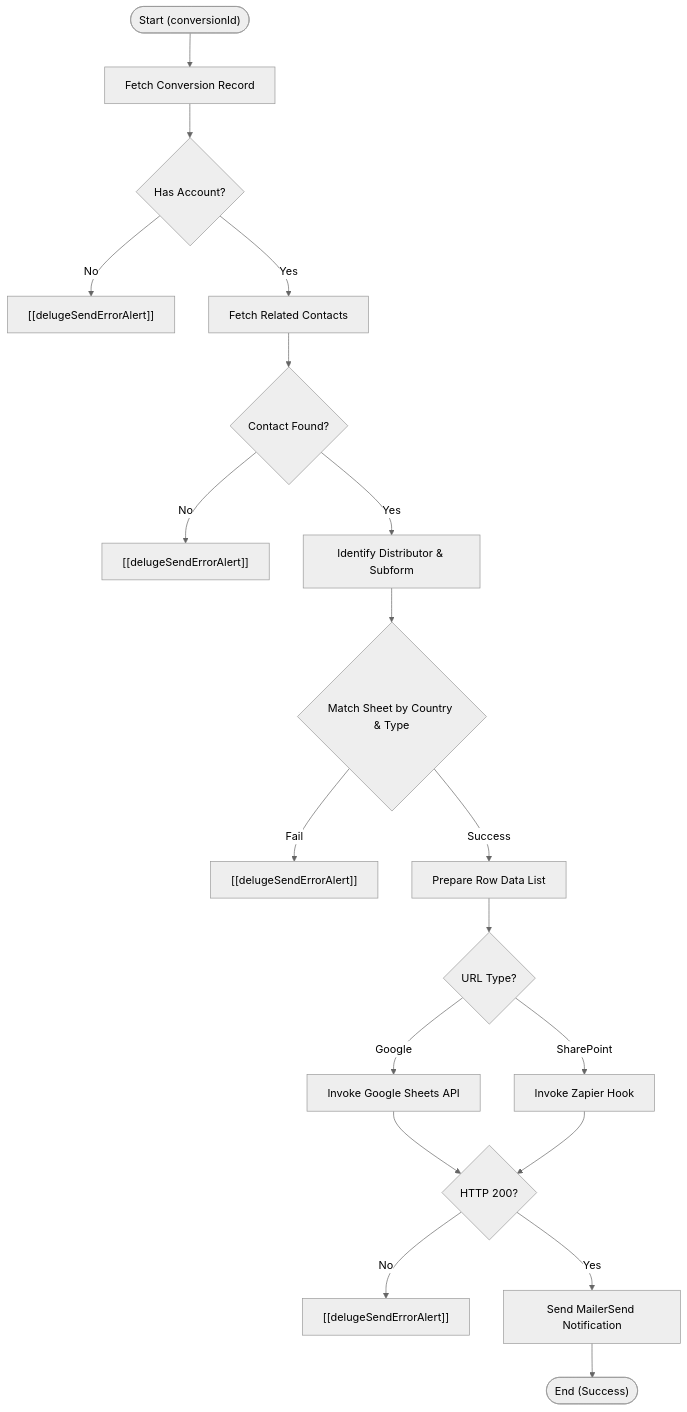
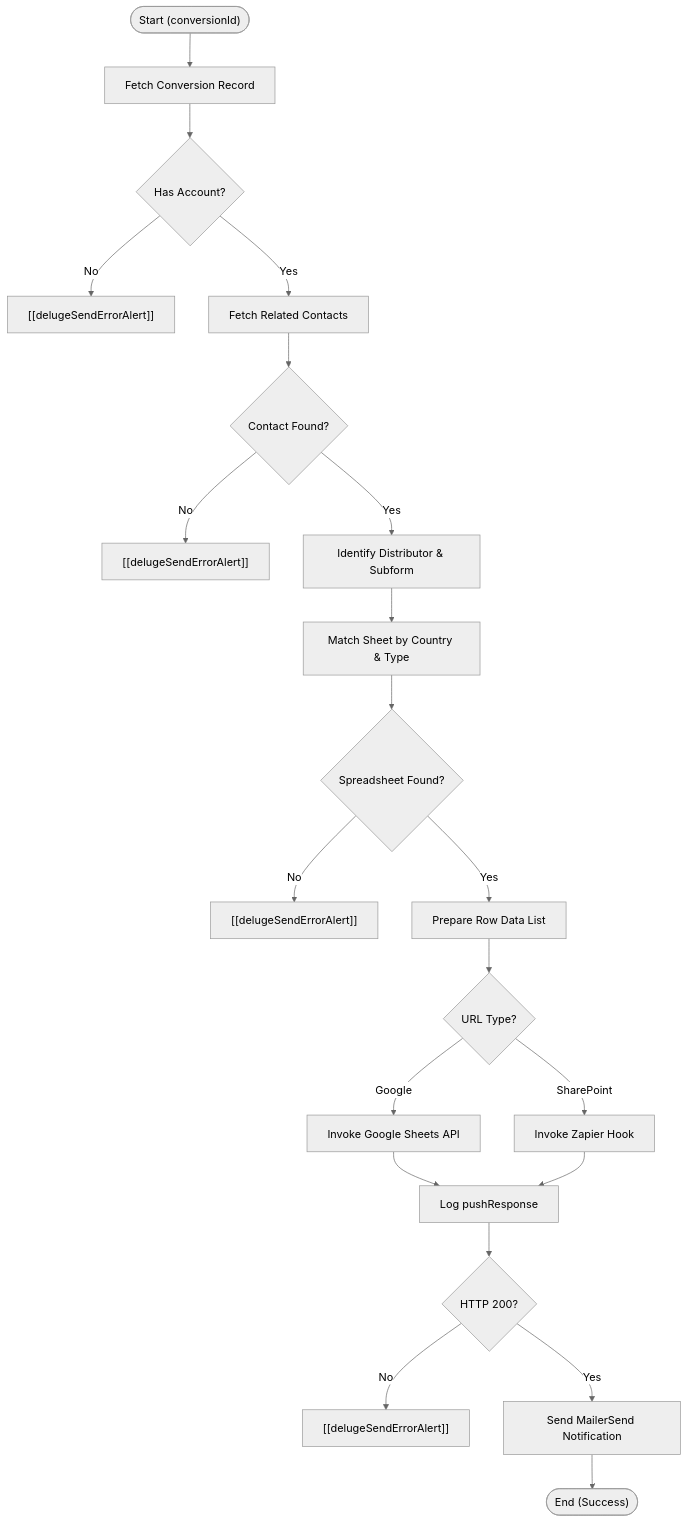
Before and after one commit to martinkp93/zoho-scripts: the diagram in Acquisition and Onboarding/Lead Ingestion/Lead Sheet Handler/delugeLeadSheetHandler.md, drawn with Mermaid (neutral theme). The commit also changed other lines of this file, not shown here.

Commit message:
Update delugeLeadSheetHandler.md docs via DeluluDocu

````diff
--- a/Acquisition and Onboarding/Lead Ingestion/Lead Sheet Handler/delugeLeadSheetHandler.md
+++ b/Acquisition and Onboarding/Lead Ingestion/Lead Sheet Handler/delugeLeadSheetHandler.md
@@ -35,29 +35,32 @@
 ```mermaid
 graph TD
     Start(["Start (conversionId)"]) --> FetchConv["Fetch Conversion Record"]
     FetchConv --> CheckAcc{"Has Account?"}
     
     CheckAcc -- "No" --> ErrAcc["[[delugeSendErrorAlert]]"]
     CheckAcc -- "Yes" --> FetchCont["Fetch Related Contacts"]
     
     FetchCont --> CheckCont{"Contact Found?"}
     CheckCont -- "No" --> ErrCont["[[delugeSendErrorAlert]]"]
     CheckCont -- "Yes" --> GetDist["Identify Distributor & Subform"]
     
-    GetDist --> MatchSheet{"Match Sheet by Country & Type"}
-    MatchSheet -- "Fail" --> ErrSheet["[[delugeSendErrorAlert]]"]
+    GetDist --> MatchSheet["Match Sheet by Country & Type"]
+    MatchSheet --> ValSheet{"Spreadsheet Found?"}
     
-    MatchSheet -- "Success" --> PrepData["Prepare Row Data List"]
+    ValSheet -- "No" --> ErrSheet["[[delugeSendErrorAlert]]"]
+    ValSheet -- "Yes" --> PrepData["Prepare Row Data List"]
     
     PrepData --> Route{"URL Type?"}
     Route -- "Google" --> GPush["Invoke Google Sheets API"]
     Route -- "SharePoint" --> ZPush["Invoke Zapier Hook"]
     
-    GPush --> CheckPush{"HTTP 200?"}
-    ZPush --> CheckPush
+    GPush --> LogRes["Log pushResponse"]
+    ZPush --> LogRes
+    
+    LogRes --> CheckPush{"HTTP 200?"}
     
     CheckPush -- "No" --> ErrPush["[[delugeSendErrorAlert]]"]
     CheckPush -- "Yes" --> MailerSend["Send MailerSend Notification"]
     
     MailerSend --> End(["End (Success)"])
 ```
````
